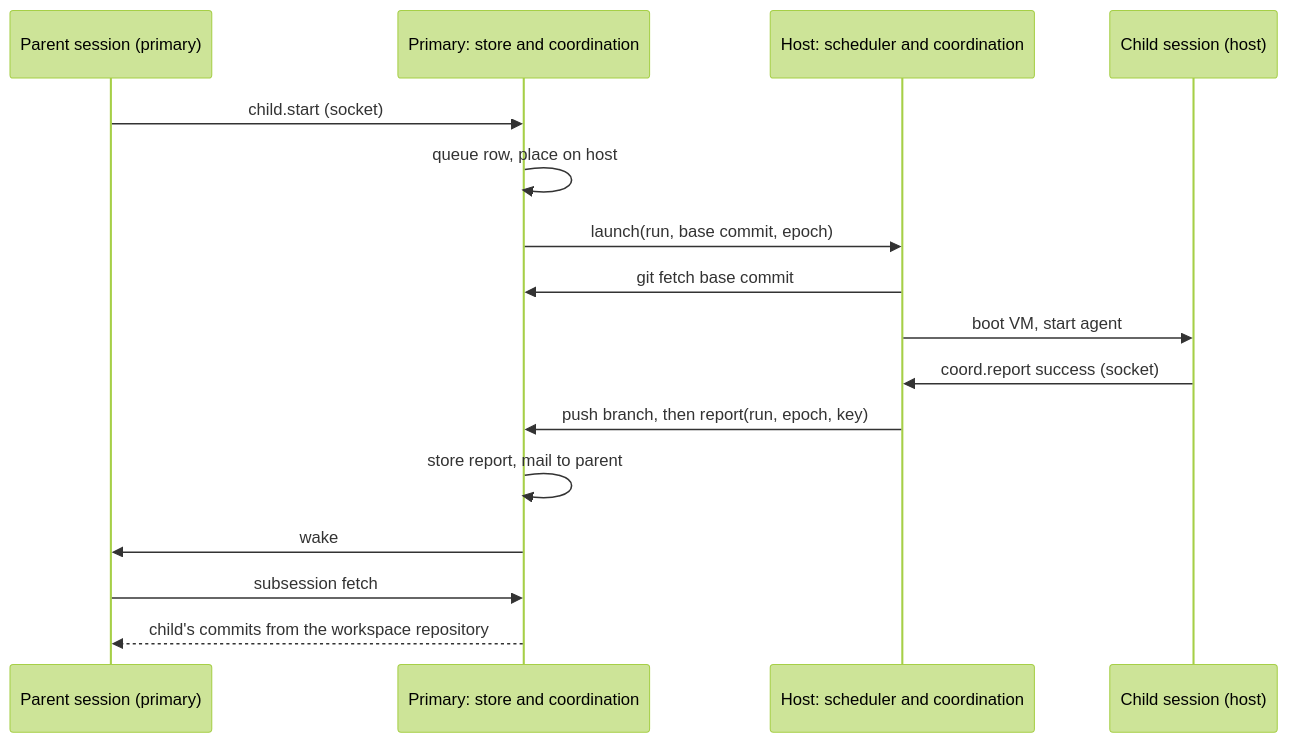
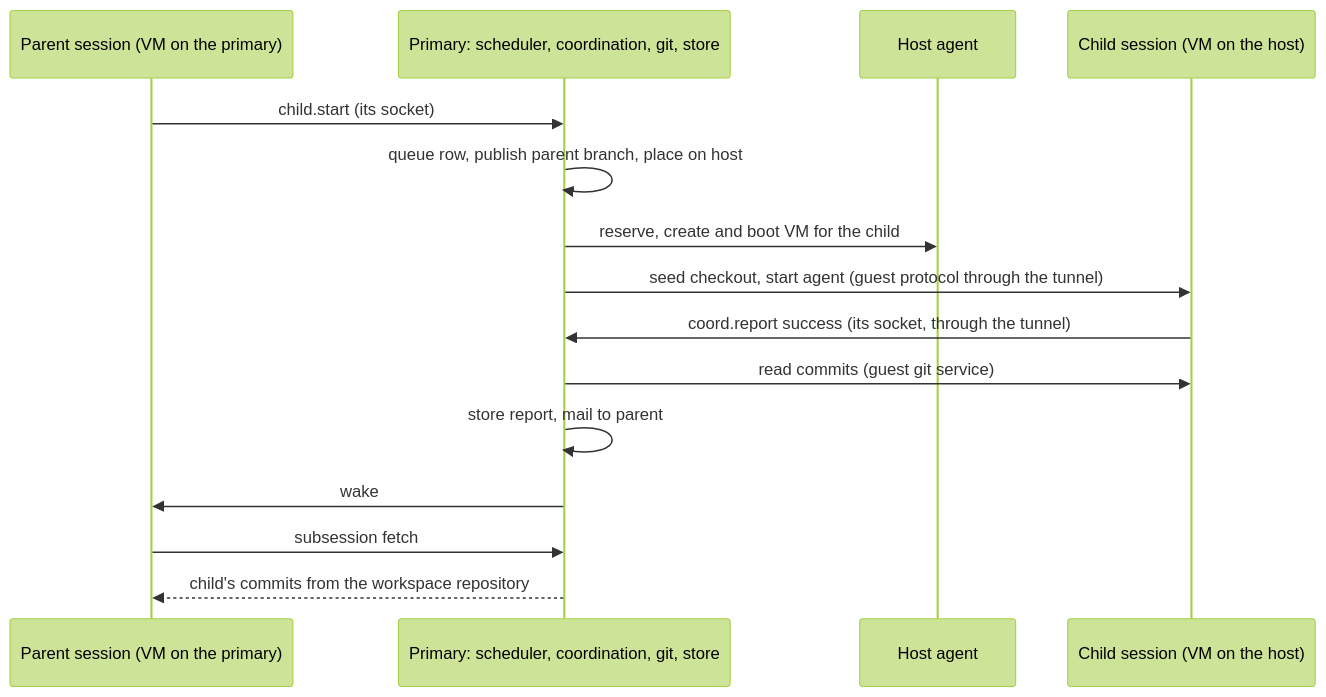
The second of 2 diagrams in docs/plans/2026-11-27-multi-machine.md (3xDevOps/cloudfield), drawn with Mermaid (forest theme) before and after one commit. The commit also changed other lines of this file and 1 other file, not shown here.

First line of the commit message:
docs(plans): recommend a VM-only host driven by the primary

````diff
--- a/docs/plans/2026-11-27-multi-machine.md
+++ b/docs/plans/2026-11-27-multi-machine.md
@@ -381,18 +419,17 @@
 ```mermaid
 sequenceDiagram
-    participant A as Parent session (primary)
-    participant P as Primary: store and coordination
-    participant H as Host: scheduler and coordination
-    participant B as Child session (host)
-    A->>P: child.start (socket)
-    P->>P: queue row, place on host
-    P->>H: launch(run, base commit, epoch)
-    H->>P: git fetch base commit
-    H->>B: boot VM, start agent
-    B->>H: coord.report success (socket)
-    H->>P: push branch, then report(run, epoch, key)
+    participant A as Parent session (VM on the primary)
+    participant P as Primary: scheduler, coordination, git, store
+    participant H as Host agent
+    participant B as Child session (VM on the host)
+    A->>P: child.start (its socket)
+    P->>P: queue row, publish parent branch, place on host
+    P->>H: reserve, create and boot VM for the child
+    P->>B: seed checkout, start agent (guest protocol through the tunnel)
+    B->>P: coord.report success (its socket, through the tunnel)
+    P->>B: read commits (guest git service)
     P->>P: store report, mail to parent
     P->>A: wake
     A->>P: subsession fetch
     P-->>A: child's commits from the workspace repository
 ```
````
